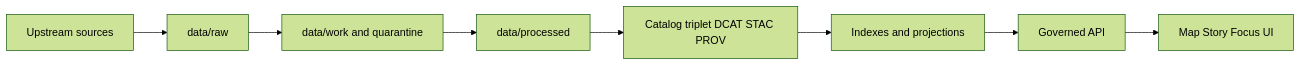
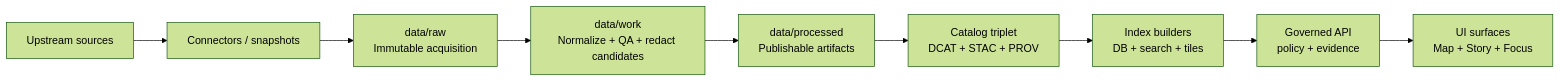
The diagram in data/processed/README.md (bartytime4life/Kansas-Frontier-Matrix), drawn with Mermaid (forest theme) before and after one commit. The commit also changed other lines of this file, not shown here.

````diff
--- a/data/processed/README.md
+++ b/data/processed/README.md
@@ -32,10 +62,11 @@
 ```mermaid
 flowchart LR
-  A[Upstream sources] --> B[data/raw]
-  B --> C[data/work and quarantine]
-  C --> D[data/processed]
-  D --> E[Catalog triplet DCAT STAC PROV]
-  E --> F[Indexes and projections]
-  F --> G[Governed API]
-  G --> H[Map Story Focus UI]
+  A[Upstream sources] --> B[Connectors / snapshots]
+  B --> C[data/raw<br/>Immutable acquisition]
+  C --> D[data/work<br/>Normalize + QA + redact candidates]
+  D --> E[data/processed<br/>Publishable artifacts]
+  E --> F[Catalog triplet<br/>DCAT + STAC + PROV]
+  F --> G[Index builders<br/>DB + search + tiles]
+  G --> H[Governed API<br/>policy + evidence]
+  H --> I[UI surfaces<br/>Map + Story + Focus]
 ```
````
